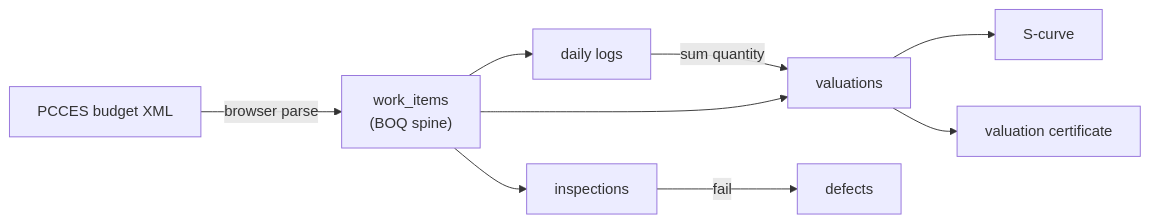
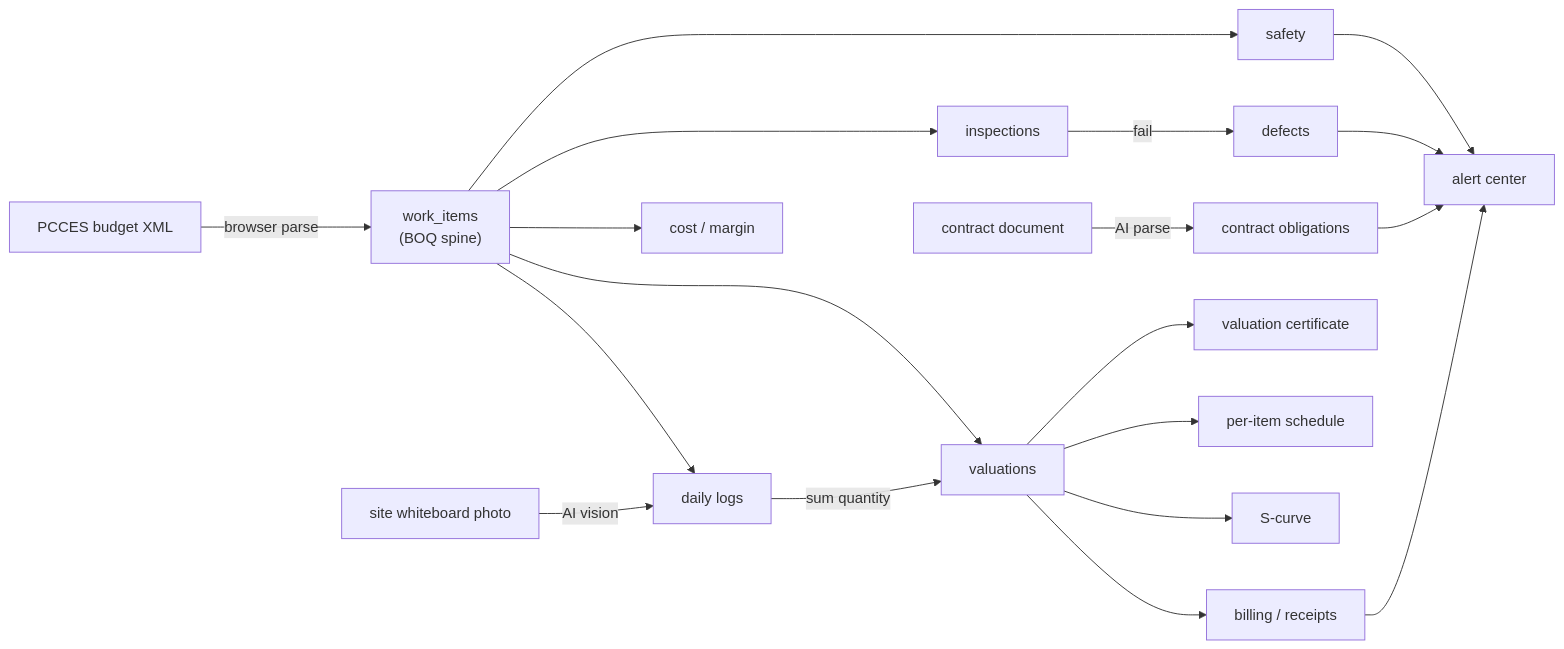
The first of 2 diagrams in README.md (ryanxxhuang/PMIS), drawn with Mermaid before and after one commit. The commit also changed other lines of this file and 23 other files, not shown here.

````diff
--- a/README.md
+++ b/README.md
@@ -46,11 +94,21 @@
 ```mermaid
 flowchart LR
   XML["PCCES budget XML"] -->|browser parse| WI["work_items<br/>(BOQ spine)"]
   WI --> LOG["daily logs"]
+  WB["site whiteboard photo"] -->|AI vision| LOG
   LOG -->|sum quantity| VAL["valuations"]
   WI --> VAL
+  VAL --> PAY["billing / receipts"]
   VAL --> CRV["S-curve"]
+  VAL --> SCH["per-item schedule"]
   VAL --> PDF["valuation certificate"]
+  WI --> COST["cost / margin"]
   WI --> INS["inspections"]
   INS -->|fail| DEF["defects"]
+  WI --> SAF["safety"]
+  DOC["contract document"] -->|AI parse| OBL["contract obligations"]
+  OBL --> ALERT["alert center"]
+  DEF --> ALERT
+  SAF --> ALERT
+  PAY --> ALERT
 ```
````
